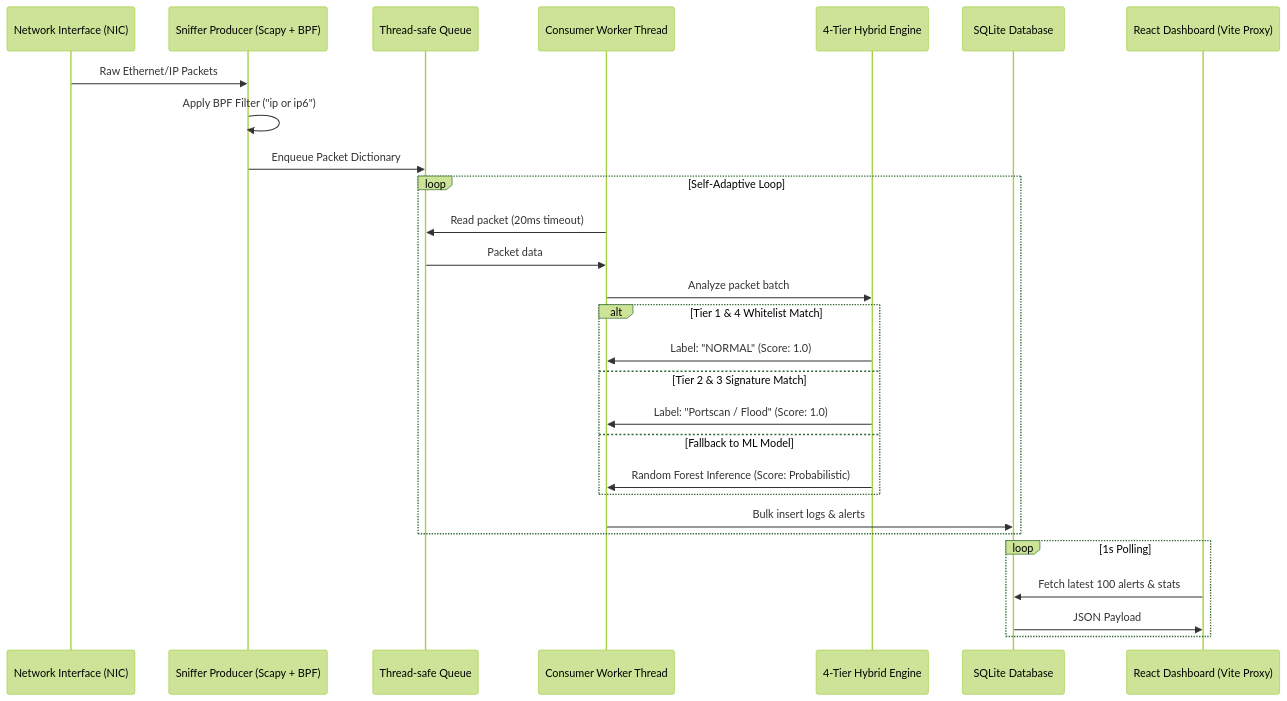
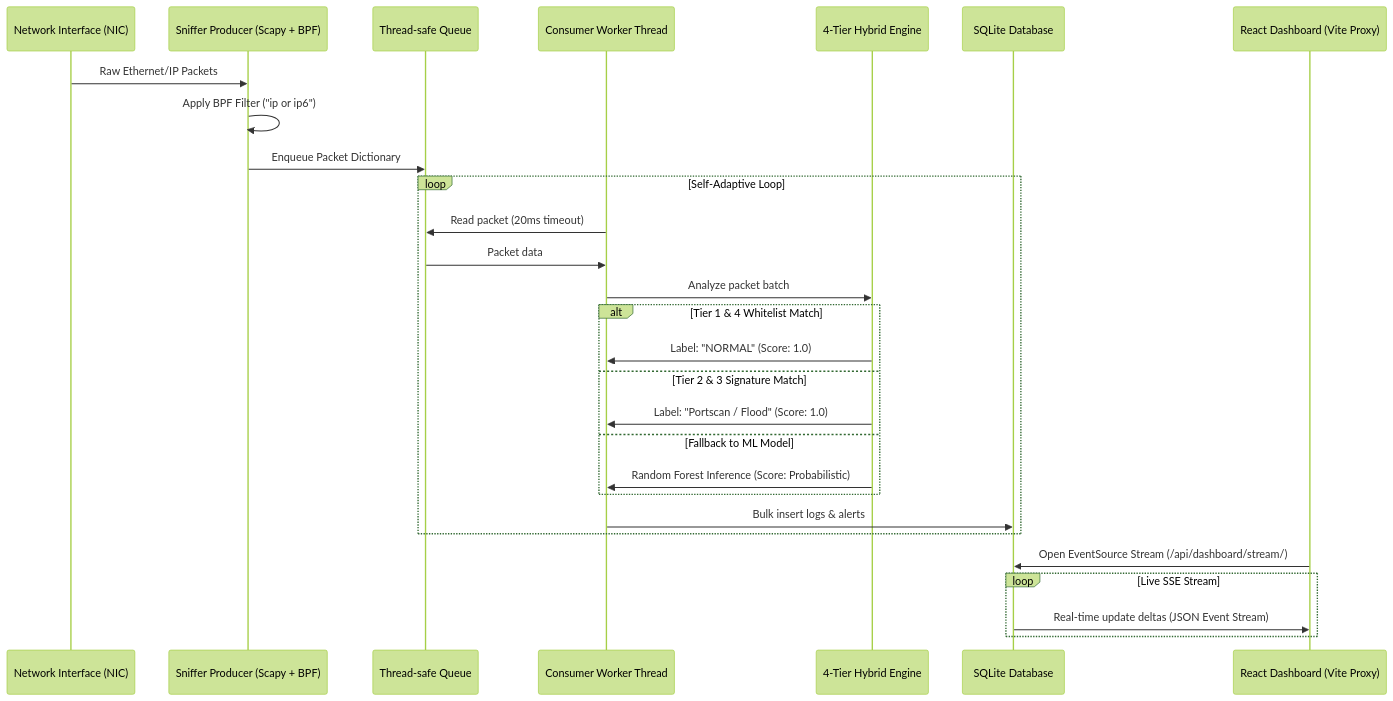
One commit to benoumessad-mohamed-el-amine/network-guardian-dashboard changed the diagram in technical_documentation.md. Above: the diagram before and after it, drawn with Mermaid (forest theme). The commit also changed other lines of this file and 4 other files, not shown here.

Commit message:
Optimize dashboard: replace high-frequency polling with Server-Sent Events (SSE) and streamline layout transitions

````diff
--- a/technical_documentation.md
+++ b/technical_documentation.md
@@ -12,33 +12,33 @@
 ```mermaid
 sequenceDiagram
     participant Network as Network Interface (NIC)
     participant Sniffer as Sniffer Producer (Scapy + BPF)
     participant Queue as Thread-safe Queue
     participant Consumer as Consumer Worker Thread
     participant Tiers as 4-Tier Hybrid Engine
     participant DB as SQLite Database
     participant Frontend as React Dashboard (Vite Proxy)
 
     Network->>Sniffer: Raw Ethernet/IP Packets
     Sniffer->>Sniffer: Apply BPF Filter ("ip or ip6")
     Sniffer->>Queue: Enqueue Packet Dictionary
     
     loop Self-Adaptive Loop
         Consumer->>Queue: Read packet (20ms timeout)
         Queue->>Consumer: Packet data
         Consumer->>Tiers: Analyze packet batch
         alt Tier 1 & 4 Whitelist Match
             Tiers->>Consumer: Label: "NORMAL" (Score: 1.0)
         else Tier 2 & 3 Signature Match
             Tiers->>Consumer: Label: "Portscan / Flood" (Score: 1.0)
         else Fallback to ML Model
             Tiers->>Consumer: Random Forest Inference (Score: Probabilistic)
         end
         Consumer->>DB: Bulk insert logs & alerts
     end
 
-    loop 1s Polling
-        Frontend->>DB: Fetch latest 100 alerts & stats
-        DB->>Frontend: JSON Payload
+    Frontend->>DB: Open EventSource Stream (/api/dashboard/stream/)
+    loop Live SSE Stream
+        DB->>Frontend: Real-time update deltas (JSON Event Stream)
     end
 ```
````
